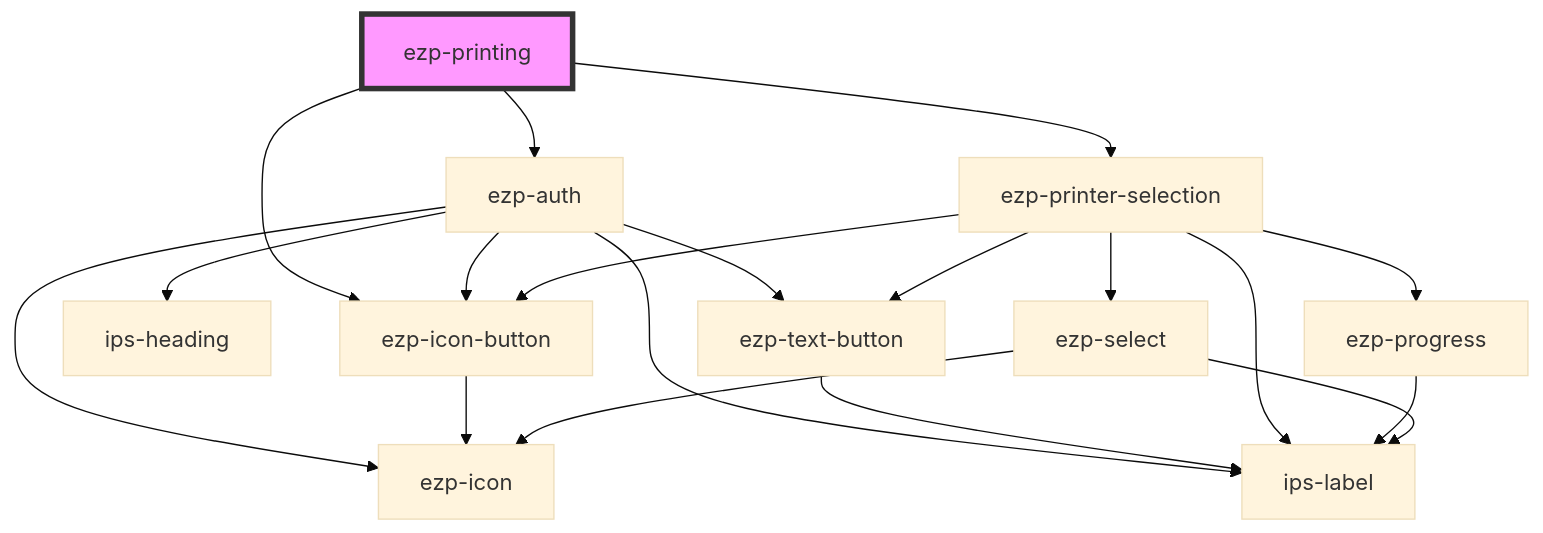
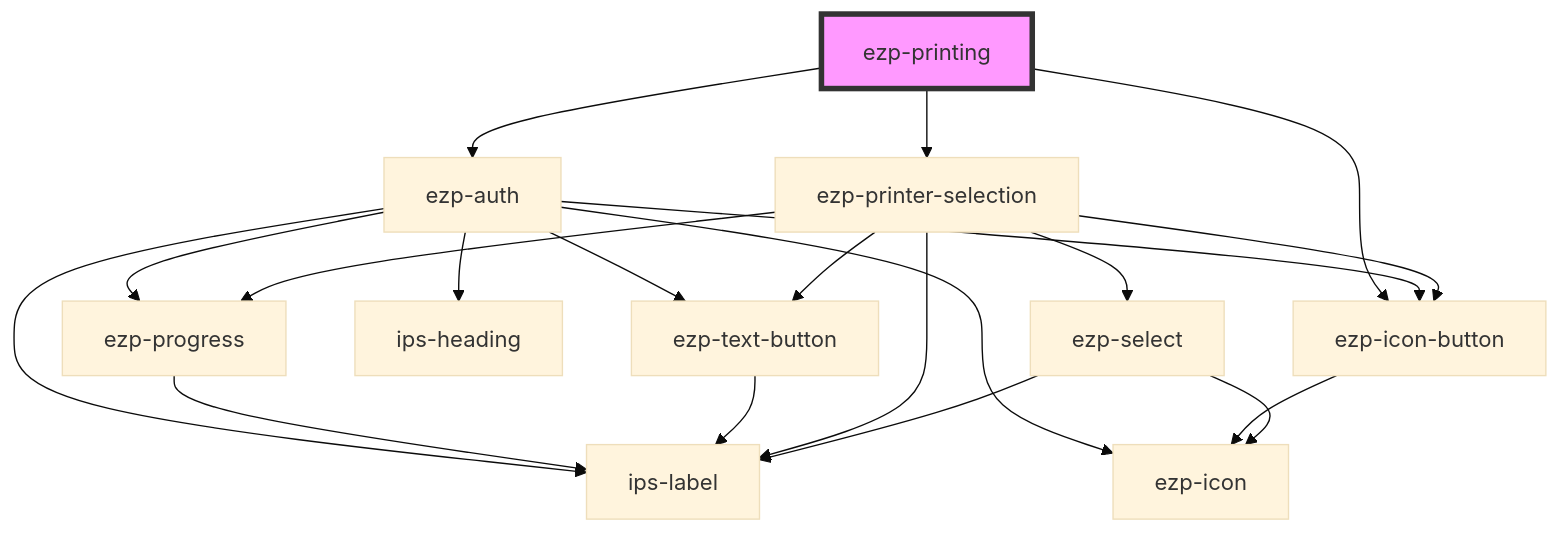
Before and after one commit to ezeep/ezeep-js: the diagram in src/components/ezp-printing/readme.md, drawn with Mermaid (base theme). The commit also changed 7 other files, not shown here.

````diff
--- a/src/components/ezp-printing/readme.md
+++ b/src/components/ezp-printing/readme.md
@@ -41,22 +41,23 @@
 ```mermaid
 graph TD;
   ezp-printing --> ezp-auth
   ezp-printing --> ezp-printer-selection
   ezp-printing --> ezp-icon-button
+  ezp-auth --> ezp-progress
   ezp-auth --> ezp-icon-button
   ezp-auth --> ezp-icon
   ezp-auth --> ips-heading
   ezp-auth --> ips-label
   ezp-auth --> ezp-text-button
+  ezp-progress --> ips-label
   ezp-icon-button --> ezp-icon
   ezp-text-button --> ips-label
   ezp-printer-selection --> ezp-progress
   ezp-printer-selection --> ips-label
   ezp-printer-selection --> ezp-icon-button
   ezp-printer-selection --> ezp-select
   ezp-printer-selection --> ezp-text-button
-  ezp-progress --> ips-label
   ezp-select --> ezp-icon
   ezp-select --> ips-label
   style ezp-printing fill:#f9f,stroke:#333,stroke-width:4px
 ```
````
